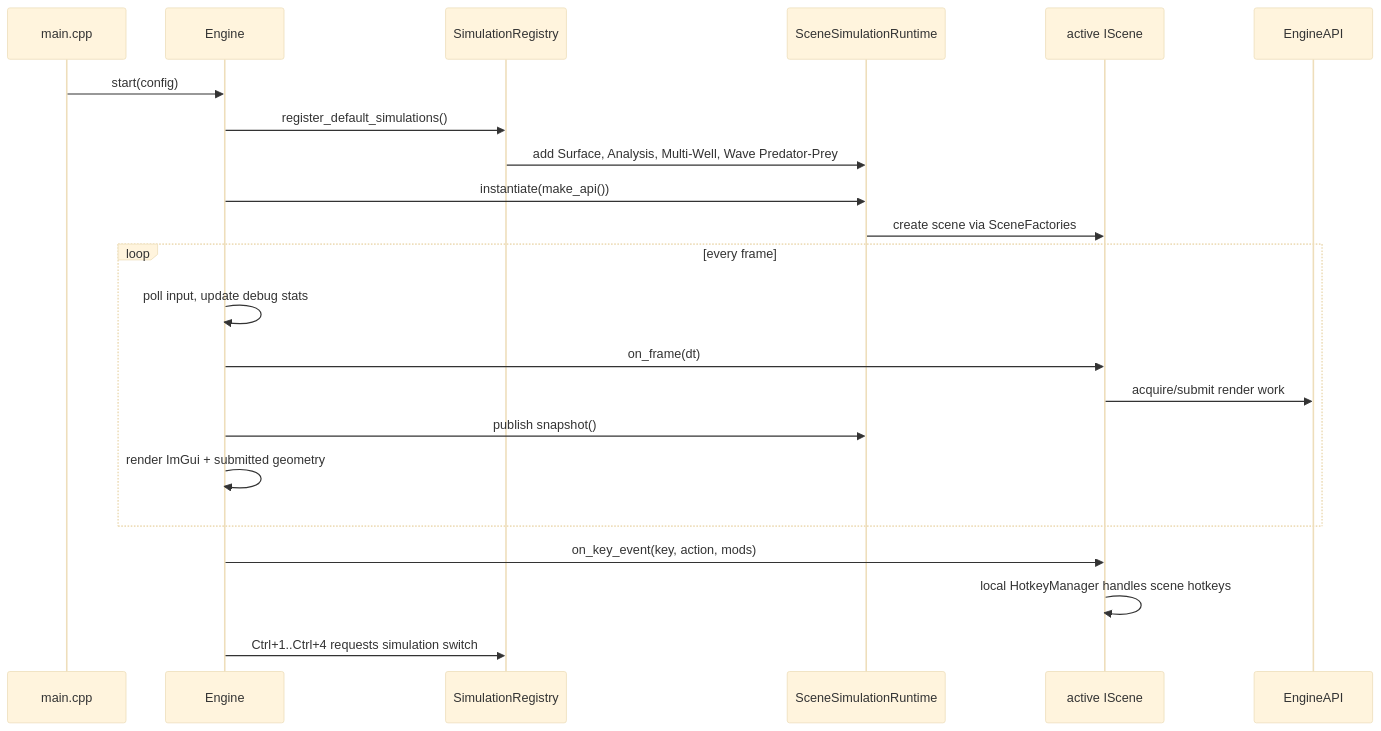
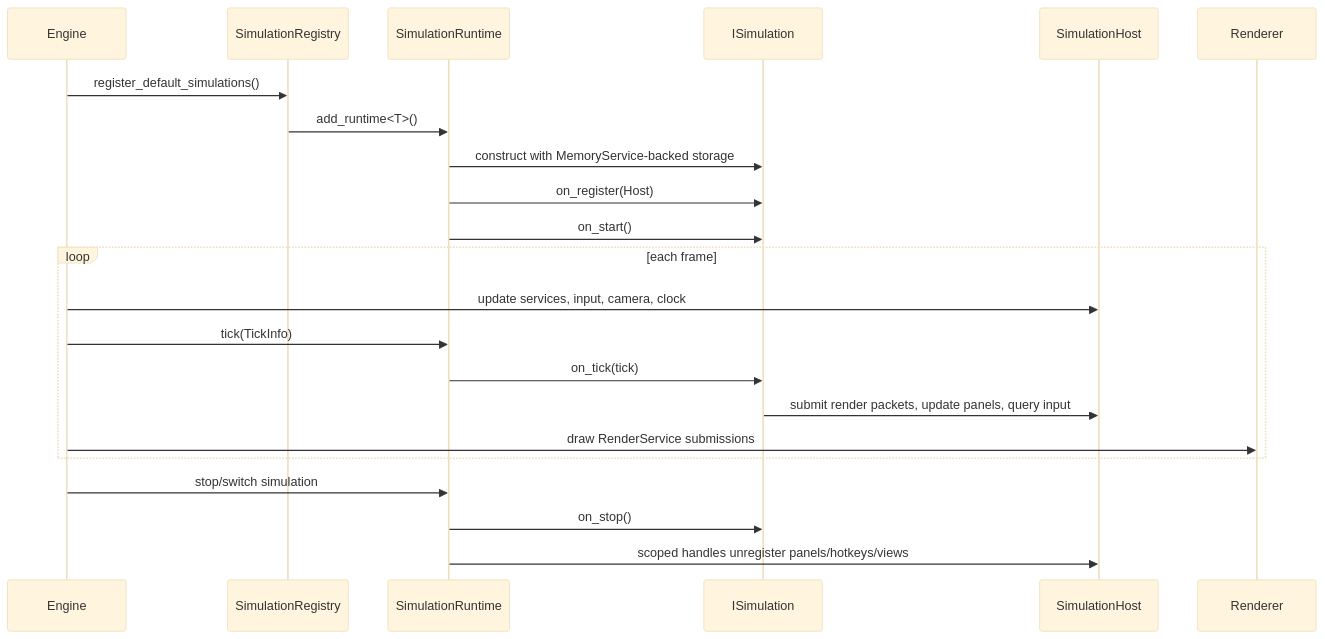
Before and after one commit to wsollers/Learning-Real-Analysis: the second of 8 diagrams in nurbs_dde/docs/CURRENT_ARCHITECTURE_DIAGRAM.md, drawn with Mermaid (base theme). The commit also changed other lines of this file and 39 other files, not shown here.

````diff
--- a/nurbs_dde/docs/CURRENT_ARCHITECTURE_DIAGRAM.md
+++ b/nurbs_dde/docs/CURRENT_ARCHITECTURE_DIAGRAM.md
@@ -49,27 +60,27 @@
 ```mermaid
 sequenceDiagram
-    participant Main as main.cpp
-    participant Engine as Engine
+    participant Engine
     participant Registry as SimulationRegistry
-    participant Runtime as SceneSimulationRuntime
-    participant Scene as active IScene
-    participant API as EngineAPI
+    participant Runtime as SimulationRuntime
+    participant Sim as ISimulation
+    participant Host as SimulationHost
+    participant Renderer
 
-    Main->>Engine: start(config)
     Engine->>Registry: register_default_simulations()
-    Registry->>Runtime: add Surface, Analysis, Multi-Well, Wave Predator-Prey
-    Engine->>Runtime: instantiate(make_api())
-    Runtime->>Scene: create scene via SceneFactories
+    Registry->>Runtime: add_runtime<T>()
+    Runtime->>Sim: construct with MemoryService-backed storage
+    Runtime->>Sim: on_register(Host)
+    Runtime->>Sim: on_start()
 
-    loop every frame
-        Engine->>Engine: poll input, update debug stats
-        Engine->>Scene: on_frame(dt)
-        Scene->>API: acquire/submit render work
-        Engine->>Runtime: publish snapshot()
-        Engine->>Engine: render ImGui + submitted geometry
+    loop each frame
+        Engine->>Host: update services, input, camera, clock
+        Engine->>Runtime: tick(TickInfo)
+        Runtime->>Sim: on_tick(tick)
+        Sim->>Host: submit render packets, update panels, query input
+        Engine->>Renderer: draw RenderService submissions
     end
 
-    Engine->>Scene: on_key_event(key, action, mods)
-    Scene->>Scene: local HotkeyManager handles scene hotkeys
-    Engine->>Registry: Ctrl+1..Ctrl+4 requests simulation switch
+    Engine->>Runtime: stop/switch simulation
+    Runtime->>Sim: on_stop()
+    Runtime->>Host: scoped handles unregister panels/hotkeys/views
 ```
````
